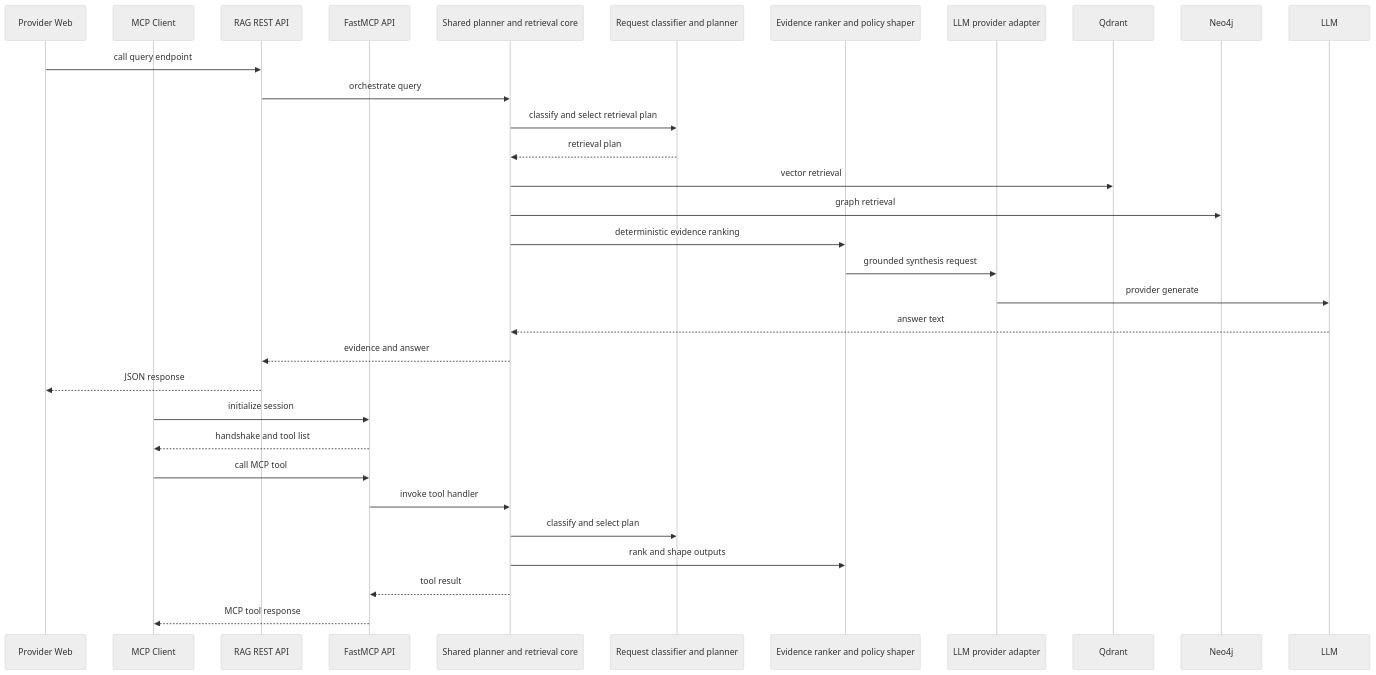
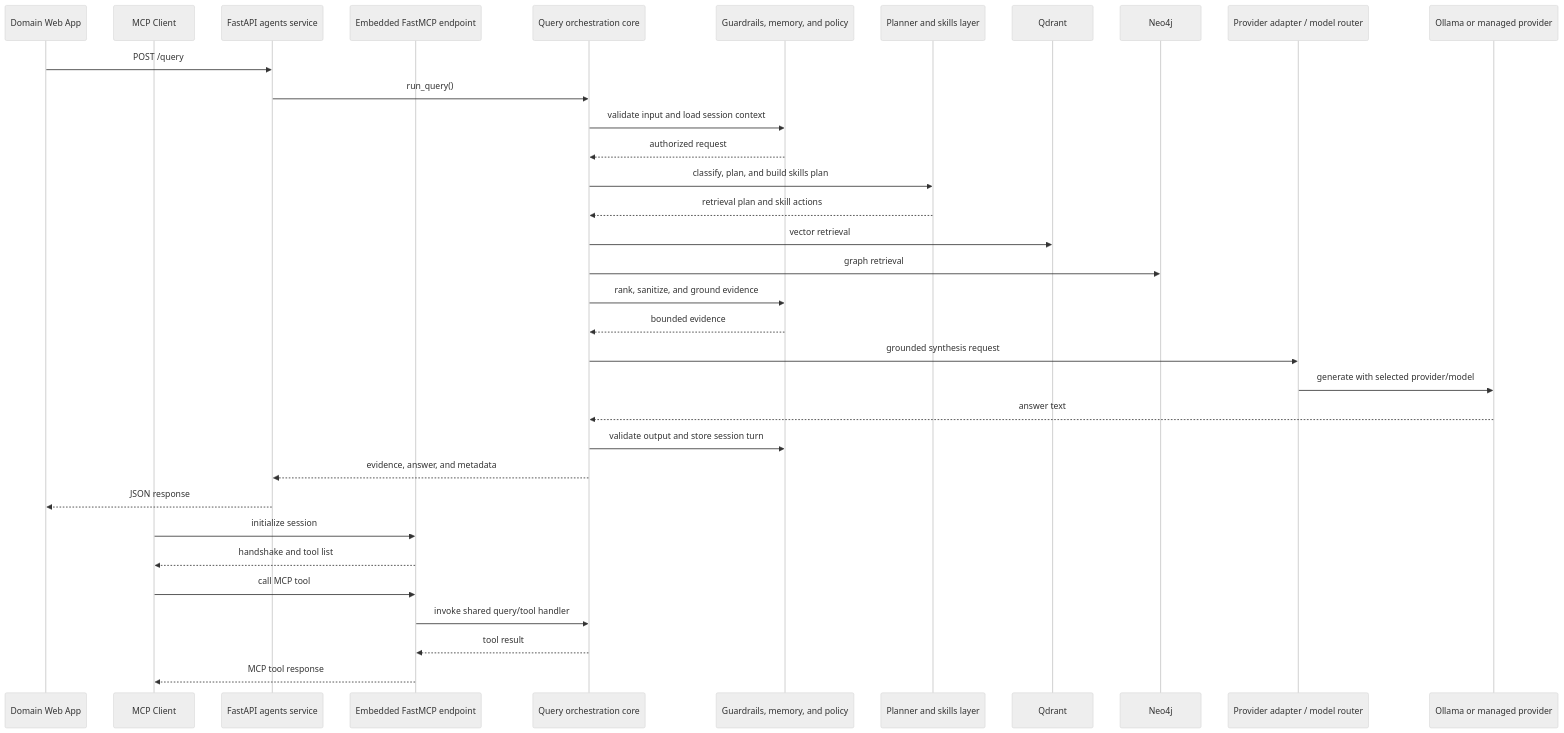
One commit to wchen-dea/Agentic-AI-Healthcare-GraphRAG changed the second of 4 diagrams in docs/02_architecture.md. Above: the diagram before and after it, drawn with Mermaid (neutral theme). The commit also changed other lines of this file and 2 other files, not shown here.

````diff
--- a/docs/02_architecture.md
+++ b/docs/02_architecture.md
@@ -324,36 +328,38 @@
 ```mermaid
 sequenceDiagram
-  participant UI as Provider Web
+  participant UI as Domain Web App
   participant MCP as MCP Client
-  participant RAG as RAG REST API
-  participant MCPAPI as FastMCP API
-  participant Core as Shared planner and retrieval core
-  participant Planner as Request classifier and planner
-  participant Rank as Evidence ranker and policy shaper
-  participant Adapter as LLM provider adapter
+  participant API as FastAPI agents service
+  participant MCPAPI as Embedded FastMCP endpoint
+  participant Core as Query orchestration core
+  participant Policy as Guardrails, memory, and policy
+  participant Planner as Planner and skills layer
   participant Qdrant
   participant Neo4j
-  participant LLM
+  participant Model as Provider adapter / model router
+  participant LLM as Ollama or managed provider
 
-  UI->>RAG: call query endpoint
-  RAG->>Core: orchestrate query
-  Core->>Planner: classify and select retrieval plan
-  Planner-->>Core: retrieval plan
+  UI->>API: POST /query
+  API->>Core: run_query()
+  Core->>Policy: validate input and load session context
+  Policy-->>Core: authorized request
+  Core->>Planner: classify, plan, and build skills plan
+  Planner-->>Core: retrieval plan and skill actions
   Core->>Qdrant: vector retrieval
   Core->>Neo4j: graph retrieval
-  Core->>Rank: deterministic evidence ranking
-  Rank->>Adapter: grounded synthesis request
-  Adapter->>LLM: provider generate
+  Core->>Policy: rank, sanitize, and ground evidence
+  Policy-->>Core: bounded evidence
+  Core->>Model: grounded synthesis request
+  Model->>LLM: generate with selected provider/model
   LLM-->>Core: answer text
-  Core-->>RAG: evidence and answer
-  RAG-->>UI: JSON response
+  Core->>Policy: validate output and store session turn
+  Core-->>API: evidence, answer, and metadata
+  API-->>UI: JSON response
 
   MCP->>MCPAPI: initialize session
   MCPAPI-->>MCP: handshake and tool list
   MCP->>MCPAPI: call MCP tool
-  MCPAPI->>Core: invoke tool handler
-  Core->>Planner: classify and select plan
-  Core->>Rank: rank and shape outputs
+  MCPAPI->>Core: invoke shared query/tool handler
   Core-->>MCPAPI: tool result
   MCPAPI-->>MCP: MCP tool response
 ```
````
